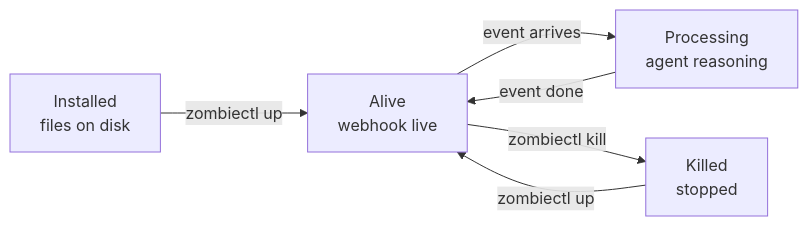
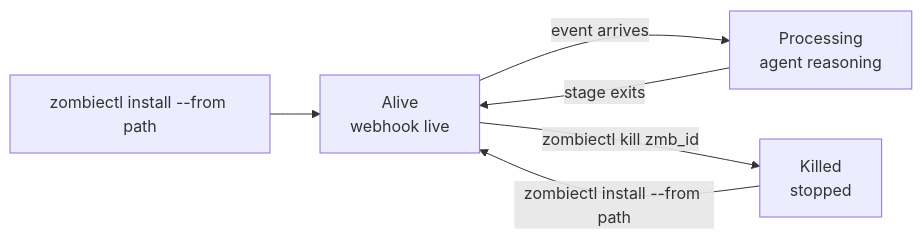
The diagram in zombies/overview.mdx (usezombie/docs), drawn with Mermaid before and after one commit. The commit also changed other lines of this file and 13 other files, not shown here.

````diff
--- a/zombies/overview.mdx
+++ b/zombies/overview.mdx
@@ -16,8 +16,8 @@
 ```mermaid
 flowchart LR
-    installed[Installed<br/>files on disk] -->|zombiectl up| alive[Alive<br/>webhook live]
+    install[zombiectl install --from path] --> alive[Alive<br/>webhook live]
     alive -->|event arrives| processing[Processing<br/>agent reasoning]
-    processing -->|event done| alive
-    alive -->|zombiectl kill| killed[Killed<br/>stopped]
-    killed -->|zombiectl up| alive
+    processing -->|stage exits| alive
+    alive -->|zombiectl kill zmb_id| killed[Killed<br/>stopped]
+    killed -->|zombiectl install --from path| alive
 ```
````
